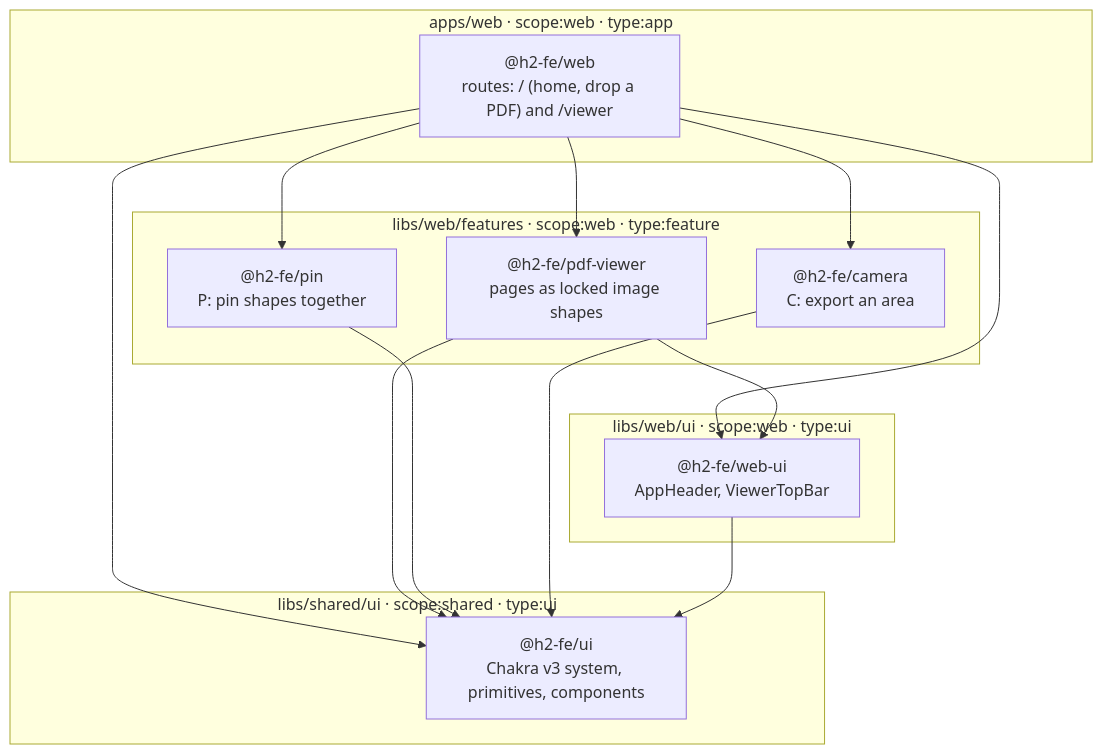
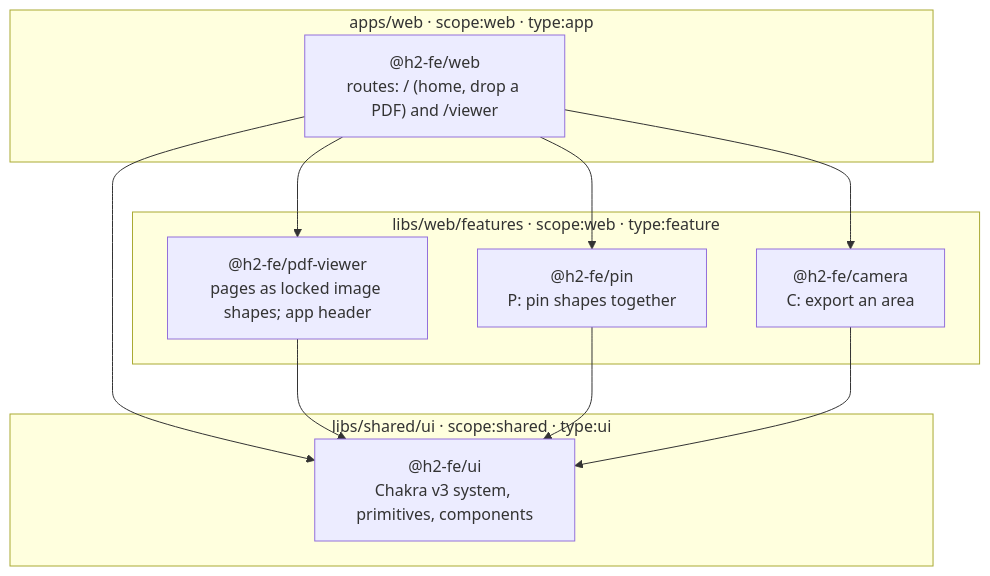
One commit to effinrich/h2-fe-assessment changed the diagram in README.md. Above: the diagram before and after it, drawn with Mermaid. The commit also changed other lines of this file and 20 other files, not shown here.

````diff
--- a/README.md
+++ b/README.md
@@ -11,21 +11,16 @@
 ```mermaid
 flowchart TB
   subgraph app["apps/web · scope:web · type:app"]
     web["@h2-fe/web<br/>routes: / (home, drop a PDF) and /viewer"]
   end
   subgraph features["libs/web/features · scope:web · type:feature"]
-    pdf["@h2-fe/pdf-viewer<br/>pages as locked image shapes"]
+    pdf["@h2-fe/pdf-viewer<br/>pages as locked image shapes; app header"]
     pin["@h2-fe/pin<br/>P: pin shapes together"]
     camera["@h2-fe/camera<br/>C: export an area"]
-  end
-  subgraph webui["libs/web/ui · scope:web · type:ui"]
-    wui["@h2-fe/web-ui<br/>AppHeader, ViewerTopBar"]
   end
   subgraph shared["libs/shared/ui · scope:shared · type:ui"]
     ui["@h2-fe/ui<br/>Chakra v3 system, primitives, components"]
   end
-  web --> pdf & pin & camera & wui & ui
-  pdf --> wui
+  web --> pdf & pin & camera & ui
   pdf & pin & camera --> ui
-  wui --> ui
 ```
````
